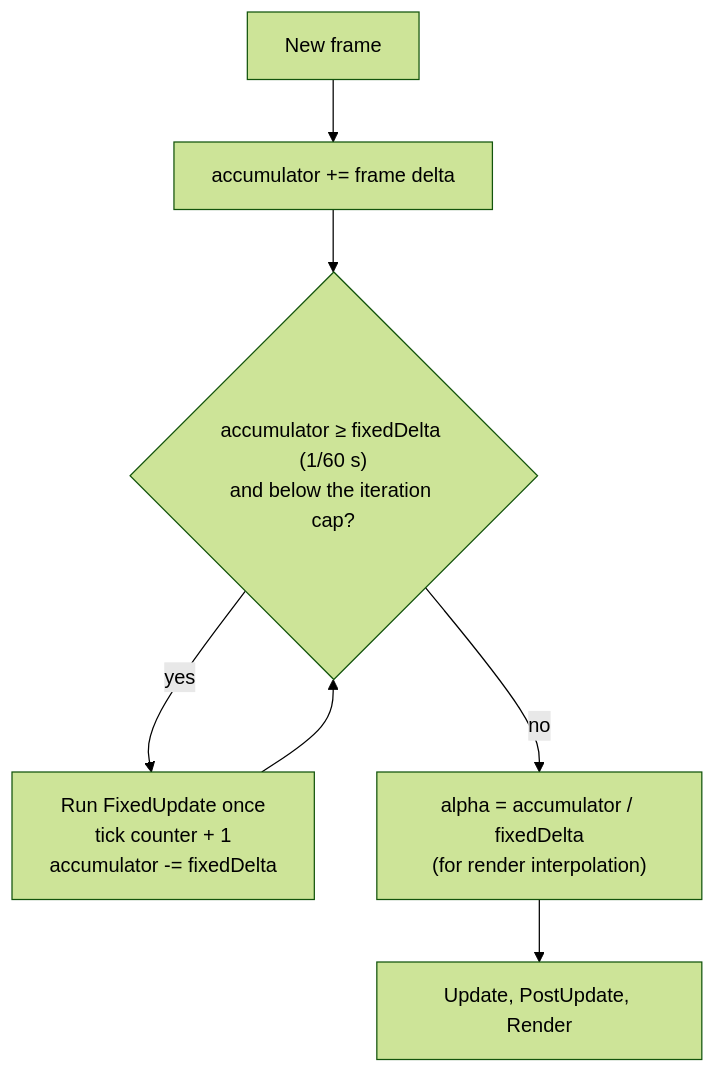
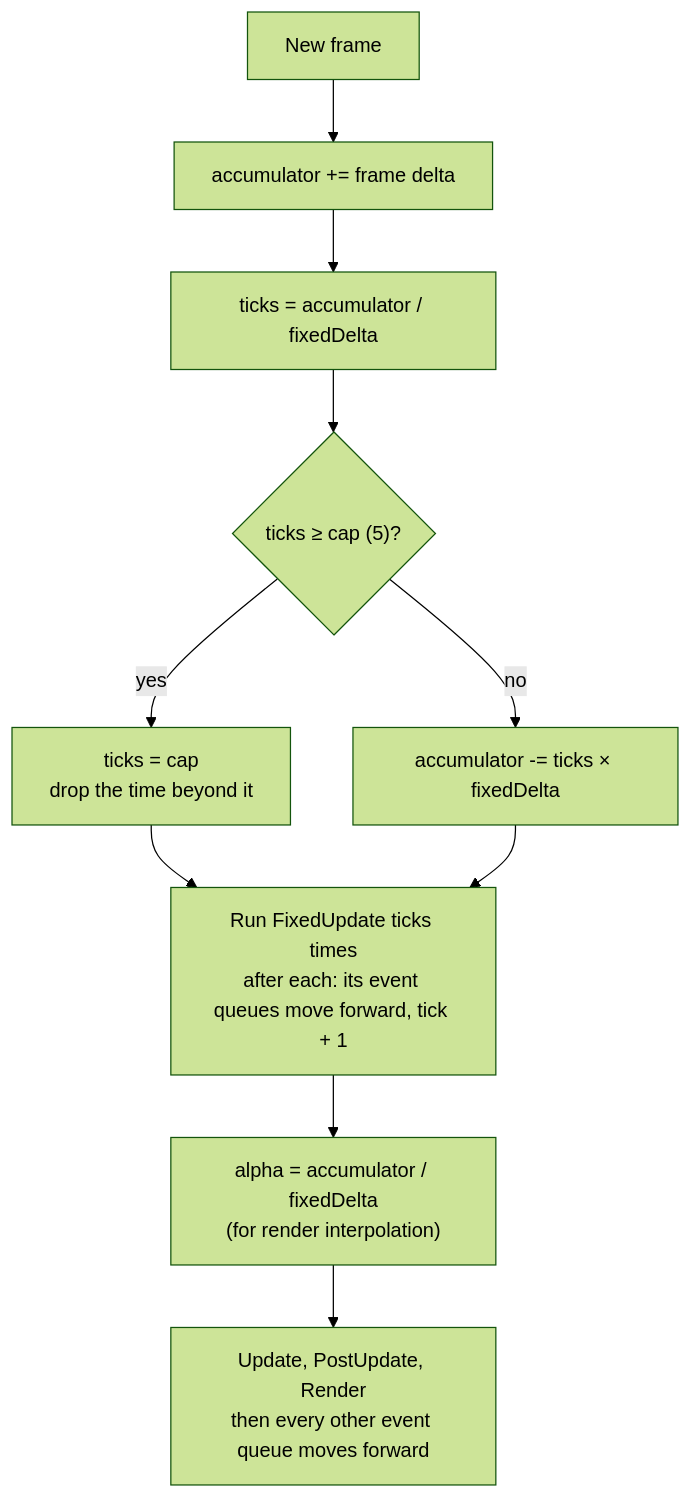
Before and after one commit to Charles-Mahoudeau/rtype: the second of 3 diagrams in docs/ecs/features/13-scheduler.md, drawn with Mermaid (forest theme). The commit also changed other lines of this file and 3 other files, not shown here.

````diff
--- a/docs/ecs/features/13-scheduler.md
+++ b/docs/ecs/features/13-scheduler.md
@@ -50,9 +50,12 @@
 ```mermaid
 flowchart TD
     frame["New frame"] --> add["accumulator += frame delta"]
-    add --> enough{"accumulator ≥ fixedDelta (1/60 s)<br/>and below the iteration cap?"}
-    enough -- "yes" --> run["Run FixedUpdate once<br/>tick counter + 1<br/>accumulator -= fixedDelta"]
-    run --> enough
-    enough -- "no" --> alpha["alpha = accumulator / fixedDelta<br/>(for render interpolation)"]
-    alpha --> rest["Update, PostUpdate, Render"]
+    add --> count["ticks = accumulator / fixedDelta"]
+    count --> cap{"ticks ≥ cap (5)?"}
+    cap -- "yes" --> drop["ticks = cap<br/>drop the time beyond it"]
+    cap -- "no" --> keep["accumulator -= ticks × fixedDelta"]
+    drop --> run
+    keep --> run["Run FixedUpdate ticks times<br/>after each: its event queues move forward, tick + 1"]
+    run --> alpha["alpha = accumulator / fixedDelta<br/>(for render interpolation)"]
+    alpha --> rest["Update, PostUpdate, Render<br/>then every other event queue moves forward"]
 ```
````
